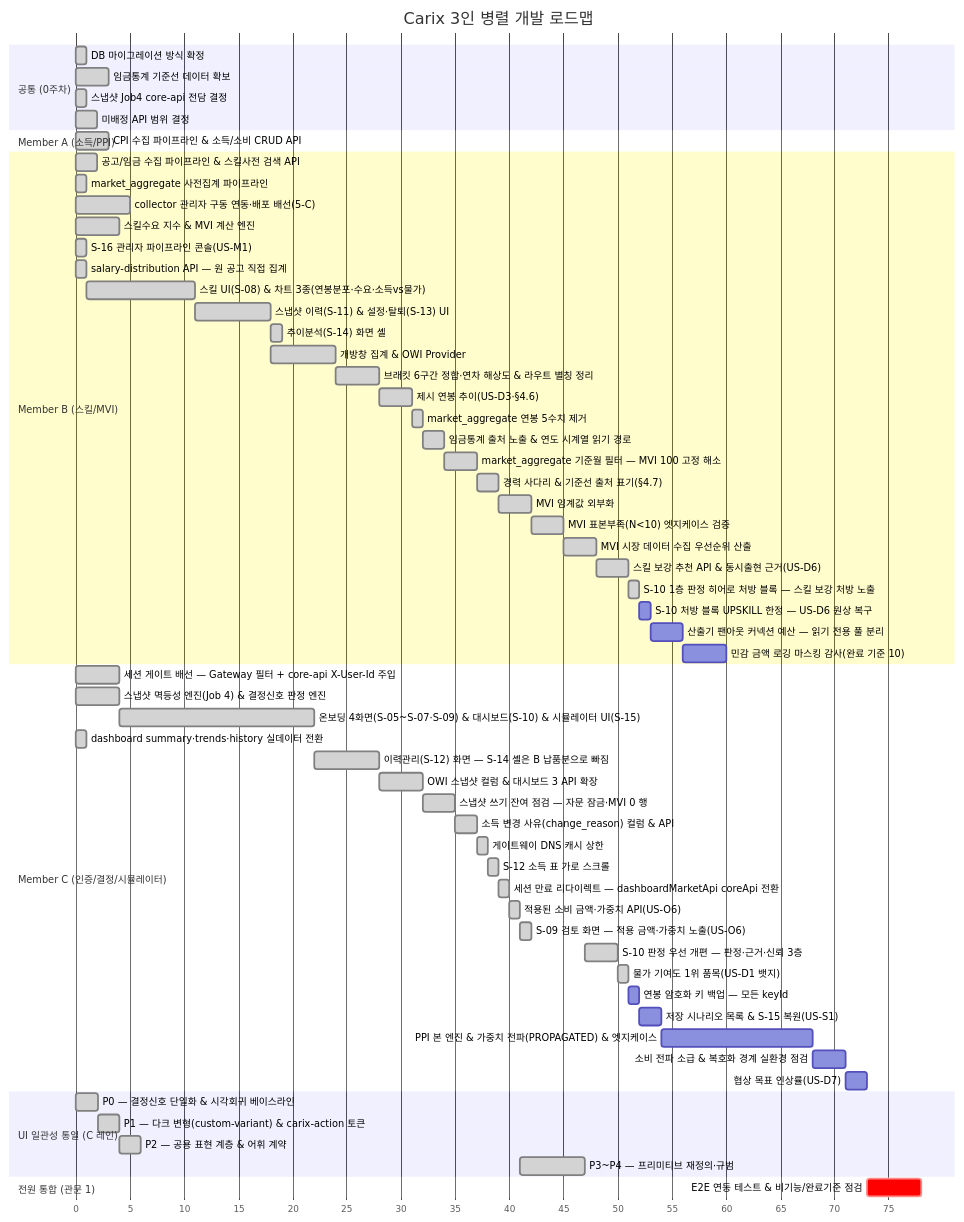
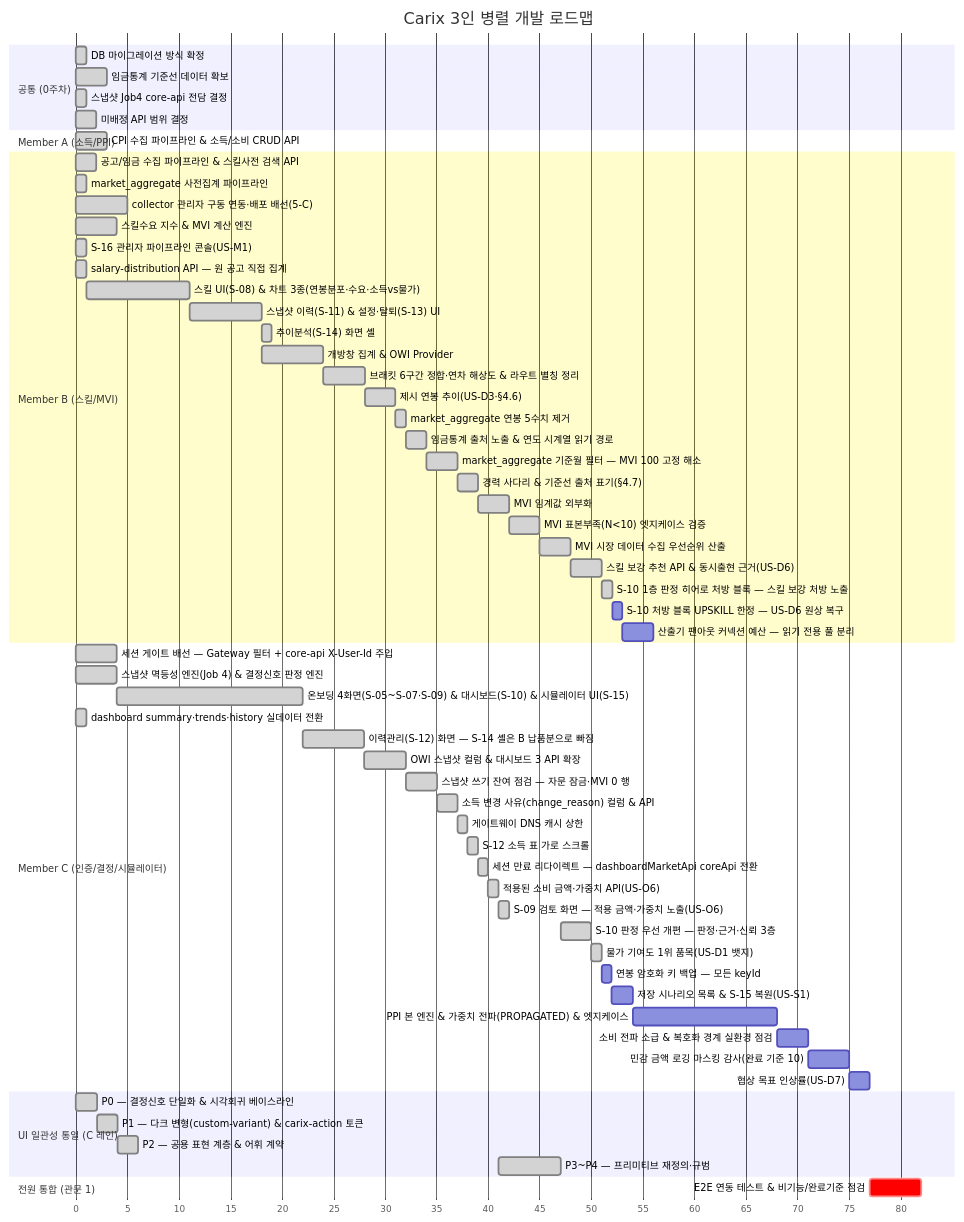
The first of 2 diagrams in docs/plans/carix-dev-plan.md (SeoHyeokGyu/Carix), drawn with Mermaid before and after one commit. The commit also changed other lines of this file and 1 other file, not shown here.

First line of the commit message:
docs: 민감 금액 로깅 마스킹 감사(a7)를 C 사슬로 옮긴다

````diff
--- a/docs/plans/carix-dev-plan.md
+++ b/docs/plans/carix-dev-plan.md
@@ -91,66 +91,66 @@
 ```mermaid
 gantt
     title Carix 3인 병렬 개발 로드맵
     dateFormat X
     axisFormat %s
     section 공통 (0주차)
     DB 마이그레이션 방식 확정 :done, c0a, 0, 1s
     임금통계 기준선 데이터 확보 :done, a0, 3, 3s
     스냅샷 Job4 core-api 전담 결정 :done, i0, 7, 1s
     미배정 API 범위 결정 :done, c0, 7, 2s
     section Member A (소득/PPI)
     CPI 수집 파이프라인 & 소득/소비 CRUD API :done, a1, 12, 3s
     section Member B (스킬/MVI)
     공고/임금 수집 파이프라인 & 스킬사전 검색 API :done, b1, 2, 2s
     market_aggregate 사전집계 파이프라인 :done, b2a, 3, 1s
     collector 관리자 구동 연동·배포 배선(5-C) :done, b0, 7, 5s
     스킬수요 지수 & MVI 계산 엔진 :done, b2, 8, 4s
     S-16 관리자 파이프라인 콘솔(US-M1) :done, b16, 14, 1s
     salary-distribution API — 원 공고 직접 집계 :done, b3a, 15, 1s
     스킬 UI(S-08) & 차트 3종(연봉분포·수요·소득vs물가) :done, b3, after b3a, 10s
     스냅샷 이력(S-11) & 설정·탈퇴(S-13) UI :done, b4, after b3, 7s
     추이분석(S-14) 화면 셸 :done, b4a, after b4, 1s
     개방창 집계 & OWI Provider :done, b6, after b4, 6s
     브래킷 6구간 정합·연차 해상도 & 라우트 별칭 정리 :done, b7, after b6, 4s
     제시 연봉 추이(US-D3·§4.6) :done, b10, after b7, 3s
     market_aggregate 연봉 5수치 제거 :done, b11, after b10, 1s
     임금통계 출처 노출 & 연도 시계열 읽기 경로 :done, b13, after b11, 2s
     market_aggregate 기준월 필터 — MVI 100 고정 해소 :done, b18, after b13, 3s
     경력 사다리 & 기준선 출처 표기(§4.7) :done, b12, after b18, 2s
     MVI 임계값 외부화 :done, b8, after b12, 3s
     MVI 표본부족(N<10) 엣지케이스 검증 :done, b8a, after b8, 3s
     MVI 시장 데이터 수집 우선순위 산출 :done, b8b, after b8a, 3s
     스킬 보강 추천 API & 동시출현 근거(US-D6) :done, b9, after b8b, 3s
     S-10 1층 판정 히어로 처방 블록 — 스킬 보강 처방 노출 :done, b15, after b9, 1s
     S-10 처방 블록 UPSKILL 한정 — US-D6 원상 복구 :b20, after b15, 1s
     산출기 팬아웃 커넥션 예산 — 읽기 전용 풀 분리 :b17, after b20, 3s
-    민감 금액 로깅 마스킹 감사(완료 기준 10) :a7, after b17, 4s
     section Member C (인증/결정/시뮬레이터)
     세션 게이트 배선 — Gateway 필터 + core-api X-User-Id 주입 :done, c0b, 7, 4s
     스냅샷 멱등성 엔진(Job 4) & 결정신호 판정 엔진 :done, c2, 8, 4s
     온보딩 4화면(S-05~S-07·S-09) & 대시보드(S-10) & 시뮬레이터 UI(S-15) :done, c3, after c2, 18s
     dashboard summary·trends·history 실데이터 전환 :done, c4a, 15, 1s
     이력관리(S-12) 화면 — S-14 셸은 B 납품분으로 빠짐 :done, c4, after c3, 6s
     OWI 스냅샷 컬럼 & 대시보드 3 API 확장 :done, c6, after c4, 4s
     스냅샷 쓰기 잔여 점검 — 자문 잠금·MVI 0 행 :done, c5, after c6, 3s
     소득 변경 사유(change_reason) 컬럼 & API :done, c10, after c5, 2s
     게이트웨이 DNS 캐시 상한 :done, c7, after c10, 1s
     S-12 소득 표 가로 스크롤 :done, c13, after c7, 1s
     세션 만료 리다이렉트 — dashboardMarketApi coreApi 전환 :done, c16, after c13, 1s
     적용된 소비 금액·가중치 API(US-O6) :done, c11, after c16, 1s
     S-09 검토 화면 — 적용 금액·가중치 노출(US-O6) :done, c17, after c11, 1s
     S-10 판정 우선 개편 — 판정·근거·신뢰 3층 :done, c15, after ui3, 3s
     물가 기여도 1위 품목(US-D1 뱃지) :done, c12, after c15, 1s
     연봉 암호화 키 백업 — 모든 keyId :c19, after c12, 1s
     저장 시나리오 목록 & S-15 복원(US-S1) :c9, after c19, 2s
     PPI 본 엔진 & 가중치 전파(PROPAGATED) & 엣지케이스 :a2, after c9, 14s
     소비 전파 소급 & 복호화 경계 실환경 점검 :a12, after a2, 3s
-    협상 목표 인상률(US-D7) :c8, after a12, 2s
+    민감 금액 로깅 마스킹 감사(완료 기준 10) :a7, after a12, 4s
+    협상 목표 인상률(US-D7) :c8, after a7, 2s
     section UI 일관성 통일 (C 레인)
     P0 — 결정신호 단일화 & 시각회귀 베이스라인 :done, ui0, 33, 2s
     P1 — 다크 변형(custom-variant) & carix-action 토큰 :done, ui1, after ui0, 2s
     P2 — 공용 표현 계층 & 어휘 계약 :done, ui2, after ui1, 2s
     P3~P4 — 프리미티브 재정의·규범 :done, ui3, after c11, 6s
     section 전원 통합 (관문 1)
-    E2E 연동 테스트 & 비기능/완료기준 점검 :crit, e2e, after a7 c8, 5s
+    E2E 연동 테스트 & 비기능/완료기준 점검 :crit, e2e, after b17 c8, 5s
 ```
````
